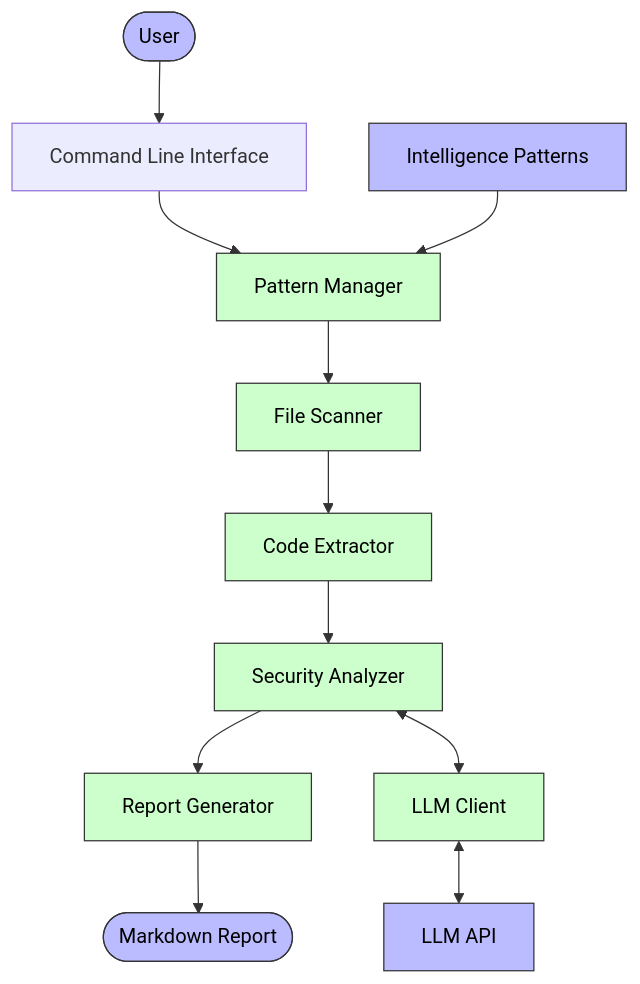
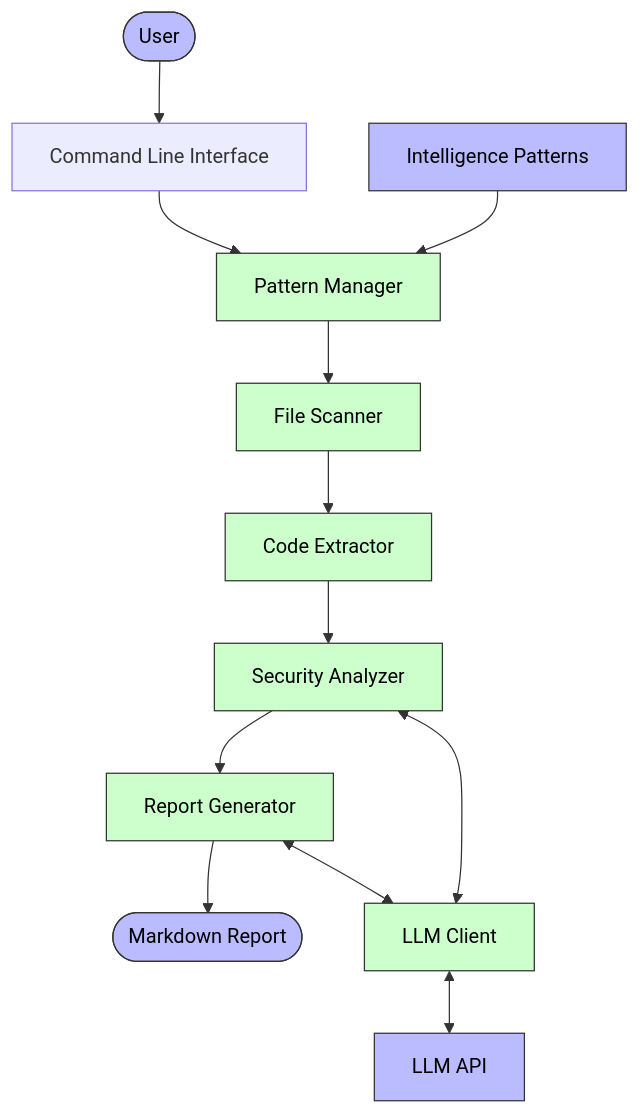
One commit to fujiokayu/grepIntel changed the diagram in README.md. Above: the diagram before and after it, drawn with Mermaid.

````diff
--- a/README.md
+++ b/README.md
@@ -7,20 +7,21 @@
 ```mermaid
 graph TD
     User([User]) --> CLI[Command Line Interface]
     CLI --> PM[Pattern Manager]
     PM --> FS[File Scanner]
     FS --> CE[Code Extractor]
     CE --> SA[Security Analyzer]
     SA --> RG[Report Generator]
     RG --> Report([Markdown Report])
     
     IP[Intelligence Patterns] --> PM
     SA <--> LC[LLM Client]
+    RG <--> LC
     LC <--> API[LLM API]
     
     classDef component fill:#cfc,stroke:#333,stroke-width:1px,color:#000;
     classDef external fill:#bbf,stroke:#333,stroke-width:1px,color:#000;
     
     class PM,FS,CE,SA,RG,LC component;
     class User,IP,API,Report external;
 ```
````
